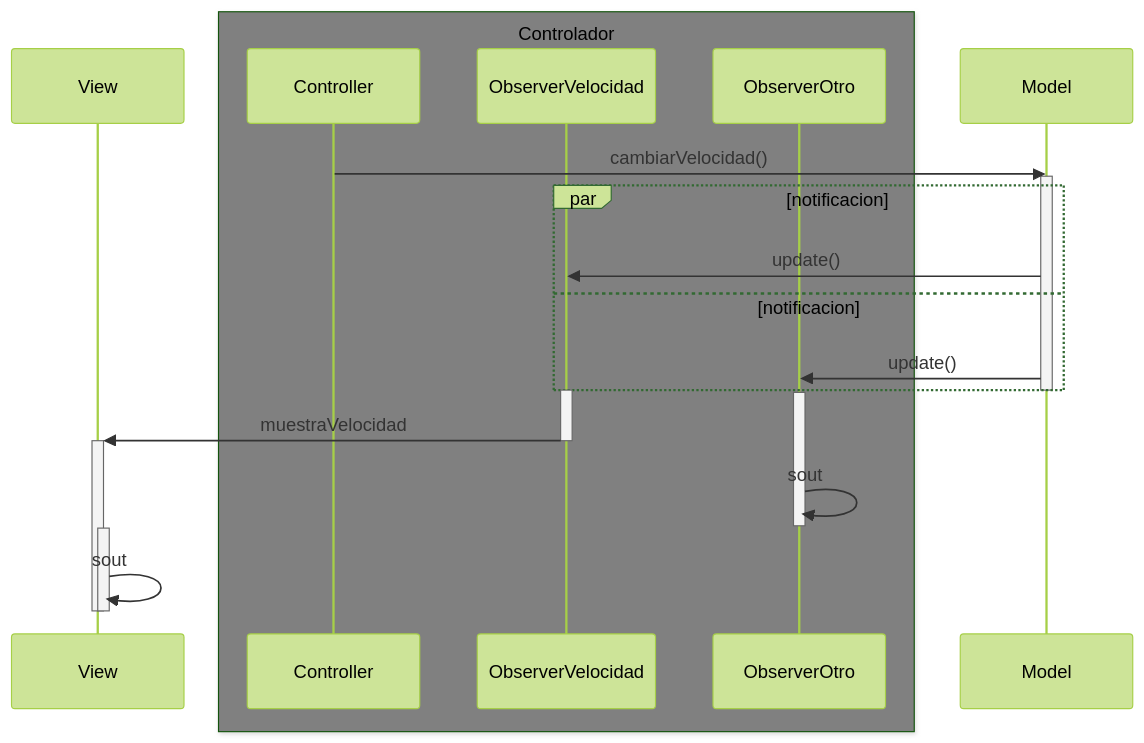
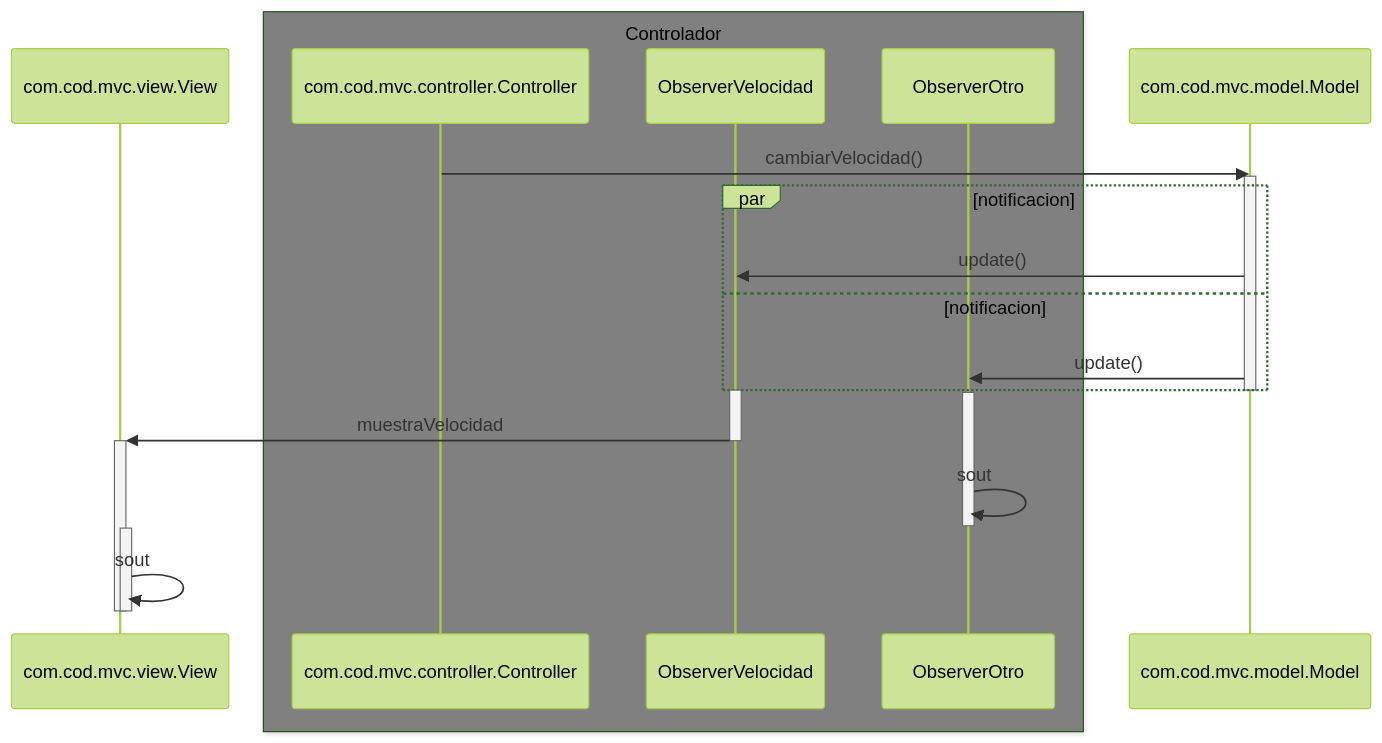
The fourth of 4 diagrams in Readme.md (ilopezbrion/MVC_coches_observer), drawn with Mermaid (forest theme) before and after one commit. The commit also changed other lines of this file and 9 other files, not shown here.

````diff
--- a/Readme.md
+++ b/Readme.md
@@ -102,27 +102,27 @@
 ```mermaid
 sequenceDiagram
-    participant View
+    participant com.cod.mvc.view.View
     box gray Controlador
-    participant Controller
+    participant com.cod.mvc.controller.Controller
     participant ObserverVelocidad
     participant ObserverOtro
     end
-    participant Model
+    participant com.cod.mvc.model.Model
 
-    Controller->>Model: cambiarVelocidad()
-    activate Model
+    com.cod.mvc.controller.Controller->>com.cod.mvc.model.Model: cambiarVelocidad()
+    activate com.cod.mvc.model.Model
     par notificacion
-        Model->>ObserverVelocidad: update()
+        com.cod.mvc.model.Model->>ObserverVelocidad: update()
     and notificacion
-        Model->>ObserverOtro: update()
+        com.cod.mvc.model.Model->>ObserverOtro: update()
         end
-    deactivate Model
+    deactivate com.cod.mvc.model.Model
     activate ObserverVelocidad
     activate ObserverOtro
-    ObserverVelocidad->>+View: muestraVelocidad
+    ObserverVelocidad->>+com.cod.mvc.view.View: muestraVelocidad
     deactivate ObserverVelocidad
     ObserverOtro->>-ObserverOtro: sout
-    activate View
-    View->>-View: sout
-    deactivate View
+    activate com.cod.mvc.view.View
+    com.cod.mvc.view.View->>-com.cod.mvc.view.View: sout
+    deactivate com.cod.mvc.view.View
 ```
````
